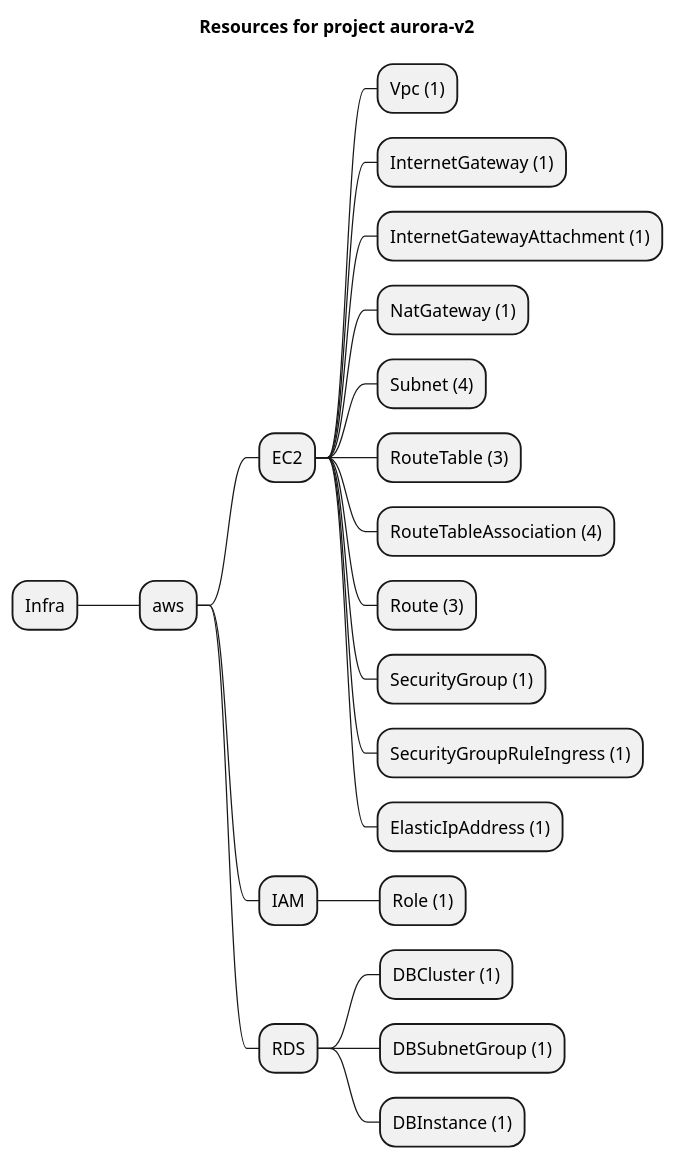
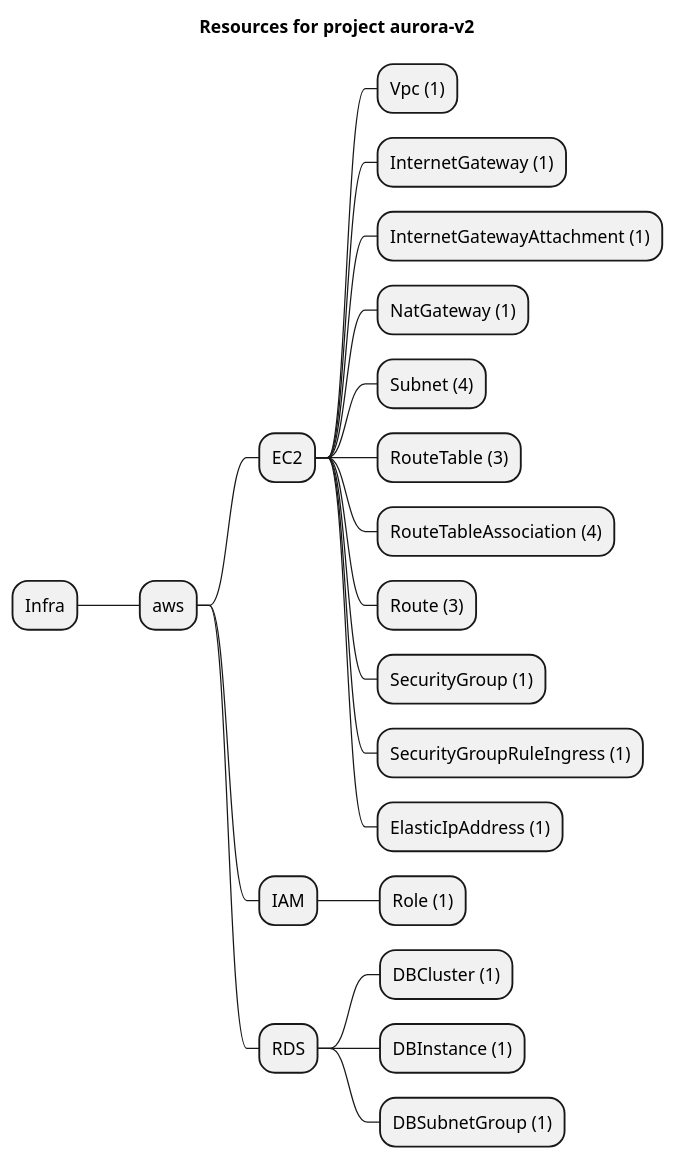
The diagram in examples/aws/RDS/aurora-v2/artifacts/resources-mindmap.puml (grucloud/grucloud), drawn with PlantUML before and after one commit. The commit also changed other lines of this file and 5 other files, not shown here.

```diff
--- a/examples/aws/RDS/aurora-v2/artifacts/resources-mindmap.puml
+++ b/examples/aws/RDS/aurora-v2/artifacts/resources-mindmap.puml
@@ -1,24 +1,24 @@
 @startmindmap
 title Resources for project aurora-v2
 skinparam monochrome true
 + Infra
 ++ aws
 +++ EC2
 ++++ Vpc (1)
 ++++ InternetGateway (1)
 ++++ InternetGatewayAttachment (1)
 ++++ NatGateway (1)
 ++++ Subnet (4)
 ++++ RouteTable (3)
 ++++ RouteTableAssociation (4)
 ++++ Route (3)
 ++++ SecurityGroup (1)
 ++++ SecurityGroupRuleIngress (1)
 ++++ ElasticIpAddress (1)
 +++ IAM
 ++++ Role (1)
 +++ RDS
 ++++ DBCluster (1)
+++++ DBInstance (1)
 ++++ DBSubnetGroup (1)
-++++ DBInstance (1)
 @endmindmap
```
